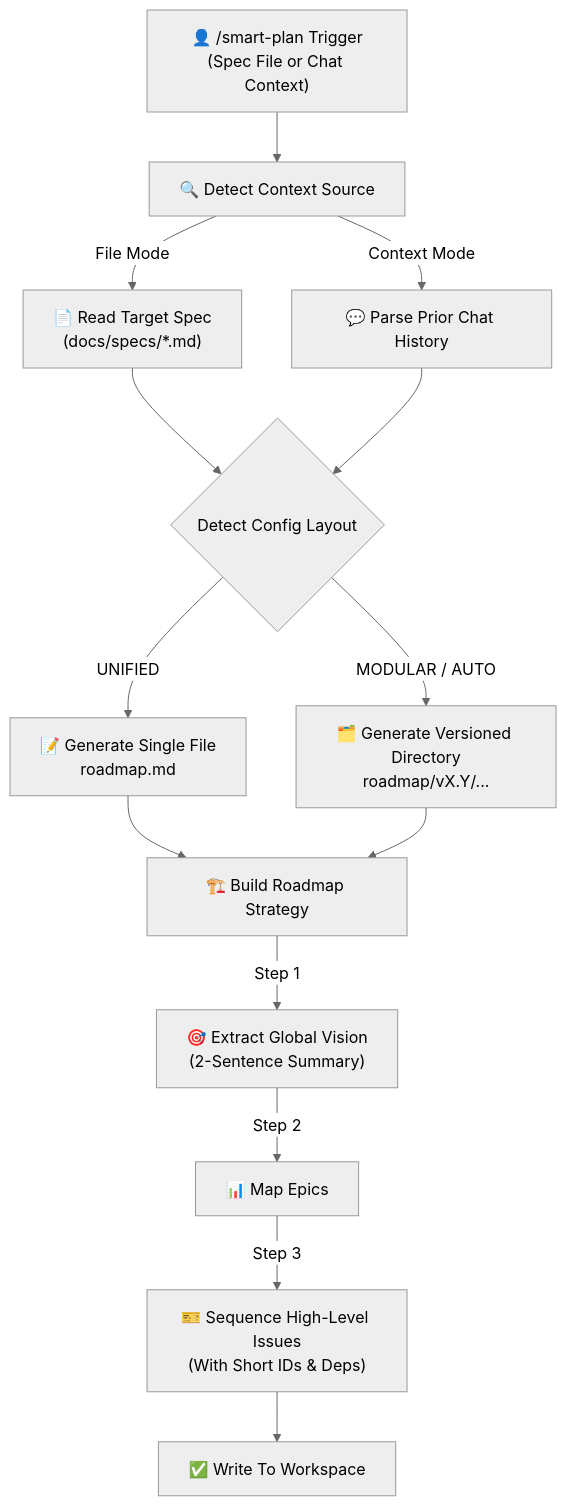
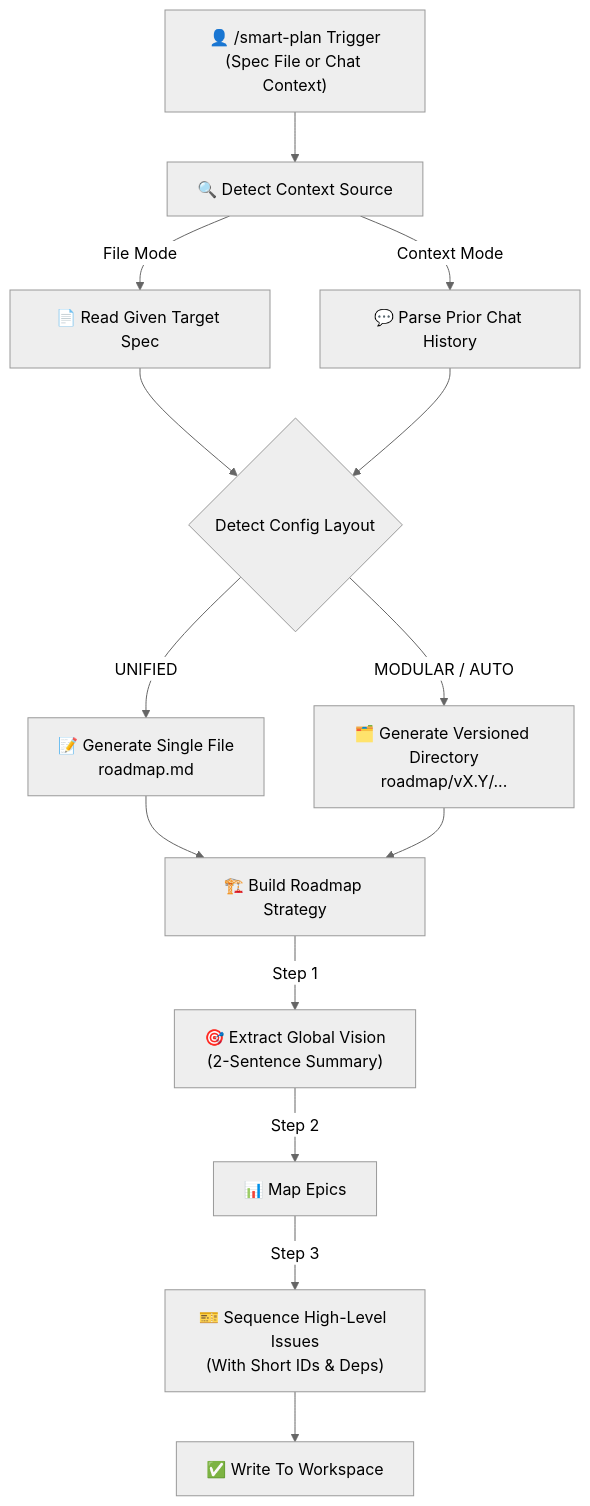
One commit to fletort/smart-ai-factory changed the diagram in docs/pipelines/smart_plan.md. Above: the diagram before and after it, drawn with Mermaid (neutral theme). The commit also changed other lines of this file and 5 other files, not shown here.

````diff
--- a/docs/pipelines/smart_plan.md
+++ b/docs/pipelines/smart_plan.md
@@ -14,22 +14,22 @@
 ```mermaid
 graph TD
     Input["👤 /smart-plan Trigger<br/>(Spec File or Chat Context)"] --> Source["🔍 Detect Context Source"]
 
-    Source -->|File Mode| ReadFile["📄 Read Target Spec<br/>(docs/specs/*.md)"]
+    Source -->|File Mode| ReadFile["📄 Read Given Target Spec"]
     Source -->|Context Mode| ReadChat["💬 Parse Prior Chat History"]
 
     ReadFile --> Strategy{"Detect Config Layout"}
     ReadChat --> Strategy
 
     Strategy -->|UNIFIED| Single["📝 Generate Single File<br/>roadmap.md"]
     Strategy -->|MODULAR / AUTO| Multi["🗂️ Generate Versioned Directory<br/>roadmap/vX.Y/..."]
 
     Single --> Process["🏗️ Build Roadmap Strategy"]
     Multi --> Process
 
     Process -->|Step 1| Vision["🎯 Extract Global Vision<br/>(2-Sentence Summary)"]
     Vision -->|Step 2| Epics["📊 Map Epics"]
     Epics -->|Step 3| Issues["🎫 Sequence High-Level Issues<br/>(With Short IDs & Deps)"]
 
     Issues --> Output["✅ Write To Workspace"]
 ```
````
